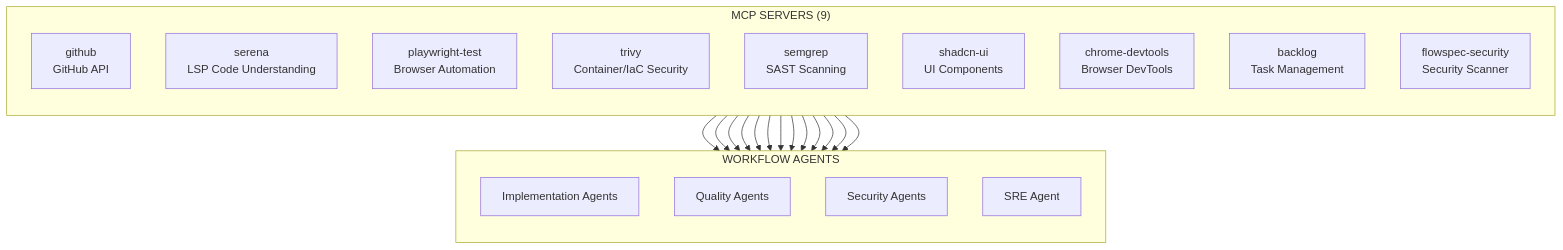
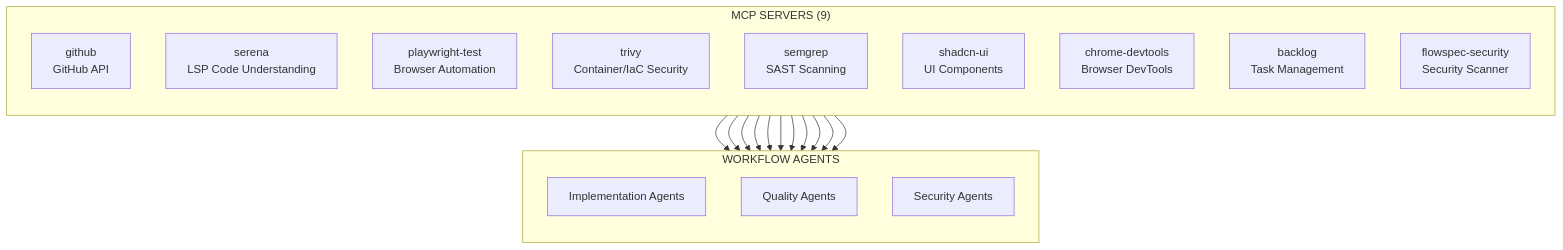
Before and after one commit to jpoley/flowspec: the third of 5 diagrams in user-docs/reference/agent-architecture-diagrams.md, drawn with Mermaid. The commit also changed other lines of this file and 18 other files, not shown here.

First line of the commit message:
docs: remove /flow:operate and Deployed state from all documentation

````diff
--- a/user-docs/reference/agent-architecture-diagrams.md
+++ b/user-docs/reference/agent-architecture-diagrams.md
@@ -266,37 +262,34 @@
 ```mermaid
 flowchart TB
     subgraph MCP["MCP SERVERS (9)"]
         direction TB
         GH[github<br/>GitHub API]
         SER[serena<br/>LSP Code Understanding]
         PW[playwright-test<br/>Browser Automation]
         TR[trivy<br/>Container/IaC Security]
         SG[semgrep<br/>SAST Scanning]
         SH[shadcn-ui<br/>UI Components]
         CD[chrome-devtools<br/>Browser DevTools]
         BL[backlog<br/>Task Management]
         SEC[flowspec-security<br/>Security Scanner]
     end
 
     subgraph AGENTS["WORKFLOW AGENTS"]
         direction TB
         IMPL[Implementation Agents]
         QA[Quality Agents]
         SECAG[Security Agents]
-        SRE[SRE Agent]
     end
 
     GH --> IMPL
-    GH --> SRE
     SER --> IMPL
     PW --> QA
     PW --> SECAG
     TR --> SECAG
-    TR --> SRE
     SG --> SECAG
     SH --> IMPL
     CD --> QA
     BL --> IMPL
     BL --> QA
     SEC --> SECAG
 ```
````
